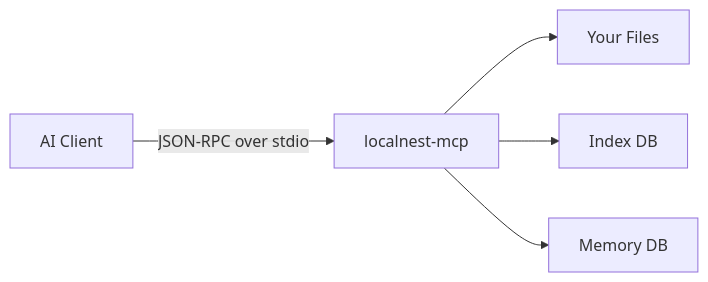
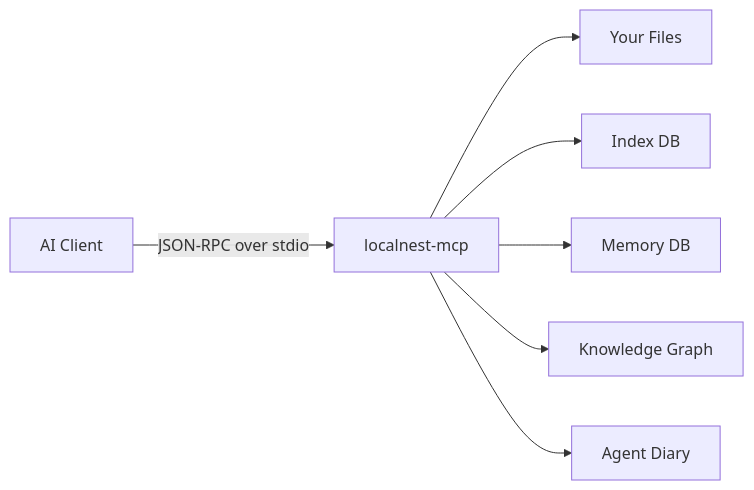
One commit to wmt-mobile/localnest changed the first of 12 diagrams in guides/architecture.md. Above: the diagram before and after it, drawn with Mermaid. The commit also changed other lines of this file, not shown here.

First line of the commit message:
docs: update architecture guide for v0.0.7-beta.1 modules

````diff
--- a/guides/architecture.md
+++ b/guides/architecture.md
@@ -11,7 +11,9 @@
 ```mermaid
 flowchart LR
     A["AI Client"] -->|JSON-RPC over stdio| B["localnest-mcp"]
     B --> C["Your Files"]
     B --> D["Index DB"]
     B --> E["Memory DB"]
+    B --> F["Knowledge Graph"]
+    B --> G["Agent Diary"]
 ```
````
